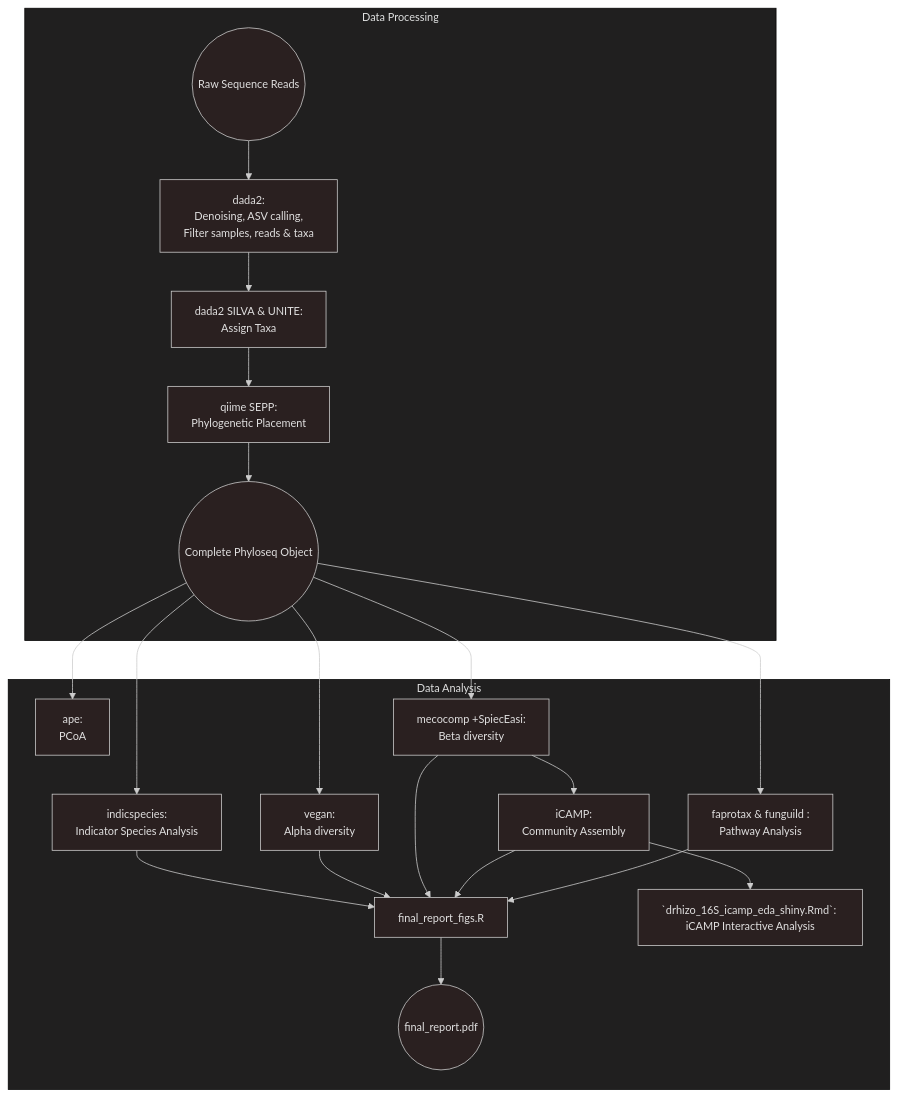
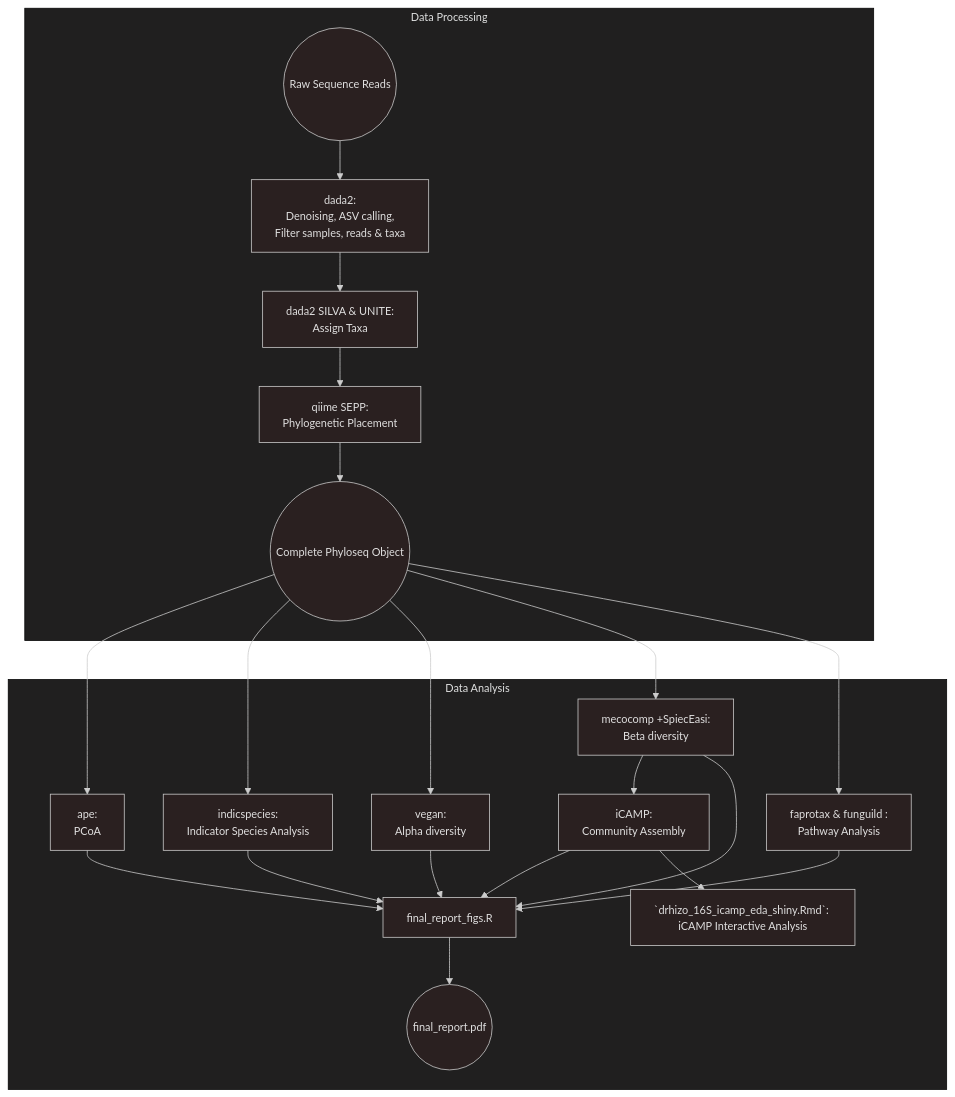
The diagram in README.md (dbioinfo/drhizo), drawn with Mermaid before and after one commit.

Commit message:
syntax comit

````diff
--- a/README.md
+++ b/README.md
@@ -10,28 +10,29 @@
 ```mermaid
 ---
 config:
   theme: 'neo-dark'
 ---
 graph TB;
 subgraph Z[Data Processing];
     A((Raw Sequence Reads)) --> B[dada2: \nDenoising, ASV calling, \nFilter samples, reads & taxa];
     B --> C[dada2 SILVA & UNITE: \nAssign Taxa];
     C --> K[qiime SEPP: \nPhylogenetic Placement];
     K --> D((Complete Phyloseq Object));
 end;
 subgraph Y[Data Analysis];
     D((Complete Phyloseq Object)) --> H[ape: \nPCoA];
     D --> G[indicspecies: \nIndicator Species Analysis];
     D --> J[vegan: \nAlpha diversity];
     D --> E[mecocomp +SpiecEasi: \nBeta diversity];
     E --> F[iCAMP: \nCommunity Assembly];  
     D --> I[faprotax & funguild : \nPathway Analysis];
     G --> L[final_report_figs.R]; 
     J --> L;
     E --> L;
     F --> L;
     I --> L;
+    H --> L;
     F --> N[`drhizo_16S_icamp_eda_shiny.Rmd`: \niCAMP Interactive Analysis];
     L --> M((final_report.pdf));
 end;
 ```
````
